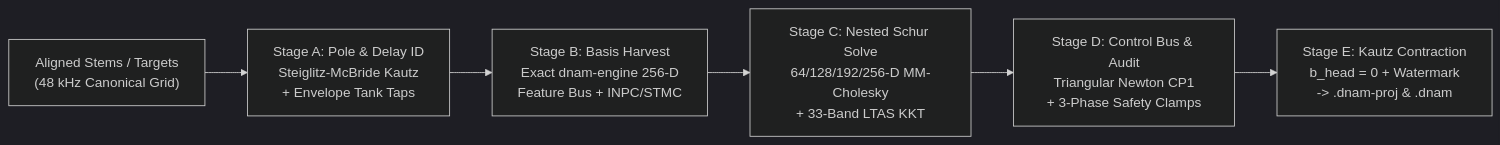
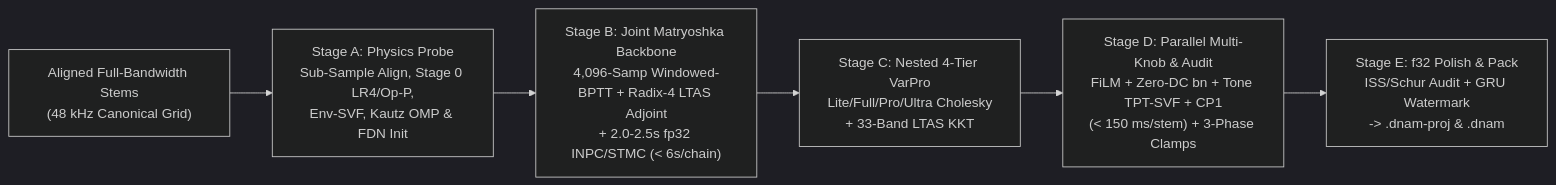
The diagram in docs/specs/training/four_stage_pipeline.md (mokugen/dnam), drawn with Mermaid (dark theme) before and after one commit. The commit also changed other lines of this file and 457 other files, not shown here.

First line of the commit message:
feat(engine,capture,ui,docs): checkpoint TORA v3 Matryoshka architecture, REQ-1.9 specs, and zero-barrel UI/SDK

````diff
--- a/docs/specs/training/four_stage_pipeline.md
+++ b/docs/specs/training/four_stage_pipeline.md
@@ -36,8 +35,8 @@
 ```mermaid
 flowchart LR
-    Stems["Aligned Stems / Targets<br/>(48 kHz Canonical Grid)"] --> SA["Stage A: Pole & Delay ID<br/>Steiglitz-McBride Kautz<br/>+ Envelope Tank Taps"]
-    SA --> SB["Stage B: Basis Harvest<br/>Exact dnam-engine 256-D<br/>Feature Bus + INPC/STMC"]
-    SB --> SC["Stage C: Nested Schur Solve<br/>64/128/192/256-D MM-Cholesky<br/>+ 33-Band LTAS KKT"]
-    SC --> SD["Stage D: Control Bus & Audit<br/>Triangular Newton CP1<br/>+ 3-Phase Safety Clamps"]
-    SD --> SE["Stage E: Kautz Contraction<br/>b_head = 0 + Watermark<br/>-> .dnam-proj & .dnam"]
+    Stems["Aligned Full-Bandwidth Stems<br/>(48 kHz Canonical Grid)"] --> SA["Stage A: Physics Probe<br/>Sub-Sample Align, Stage 0 LR4/Op-P,<br/>Env-SVF, Kautz OMP & FDN Init"]
+    SA --> SB["Stage B: Joint Matryoshka Backbone<br/>4,096-Samp Windowed-BPTT + Radix-4 LTAS Adjoint<br/>+ 2.0-2.5s fp32 INPC/STMC (< 6s/chain)"]
+    SB --> SC["Stage C: Nested 4-Tier VarPro<br/>Lite/Full/Pro/Ultra Cholesky<br/>+ 33-Band LTAS KKT"]
+    SC --> SD["Stage D: Parallel Multi-Knob & Audit<br/>FiLM + Zero-DC bn + Tone TPT-SVF + CP1<br/>(< 150 ms/stem) + 3-Phase Clamps"]
+    SD --> SE["Stage E: f32 Polish & Pack<br/>ISS/Schur Audit + GRU Watermark<br/>-> .dnam-proj & .dnam"]
 ```
````
